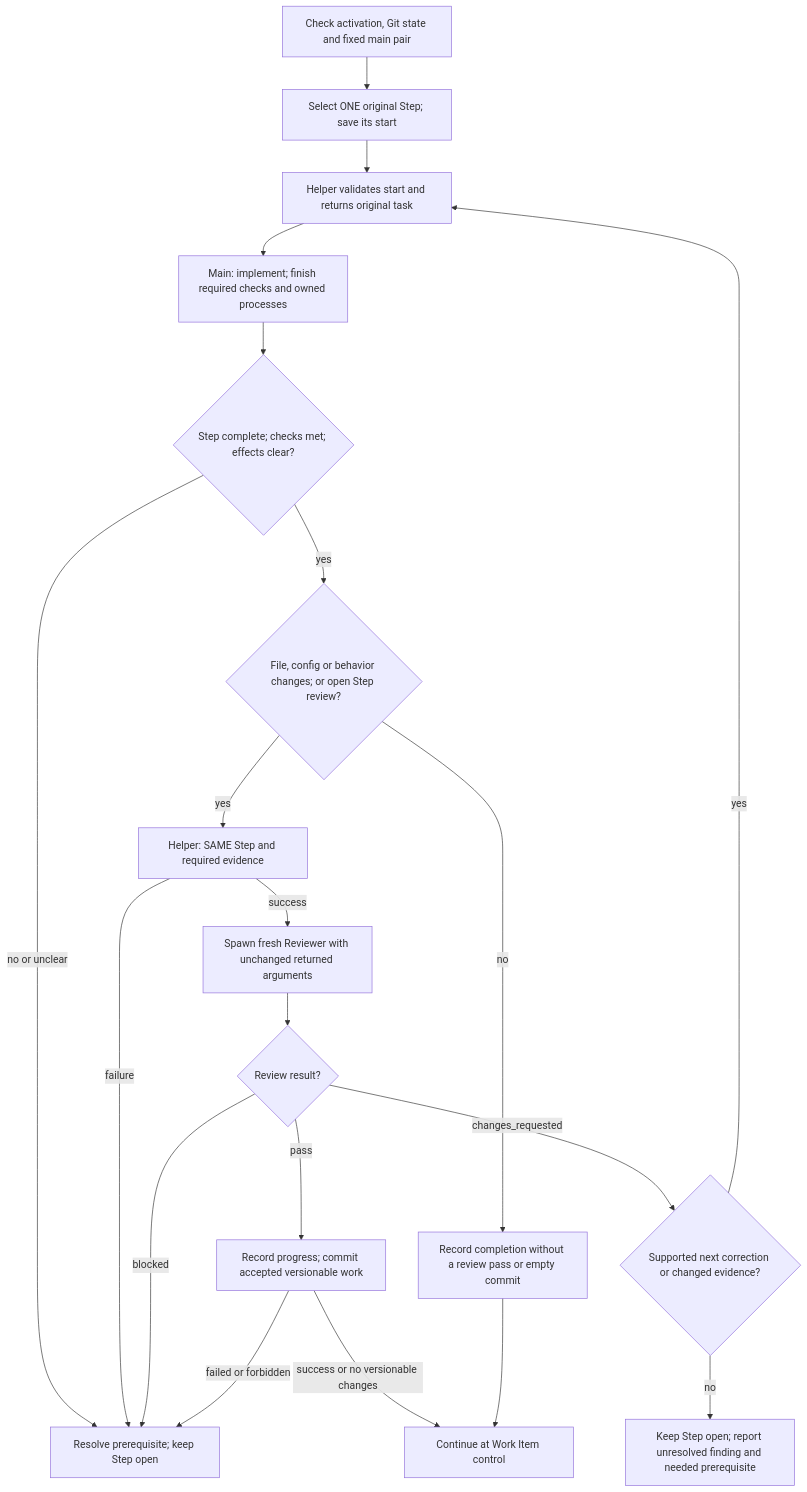
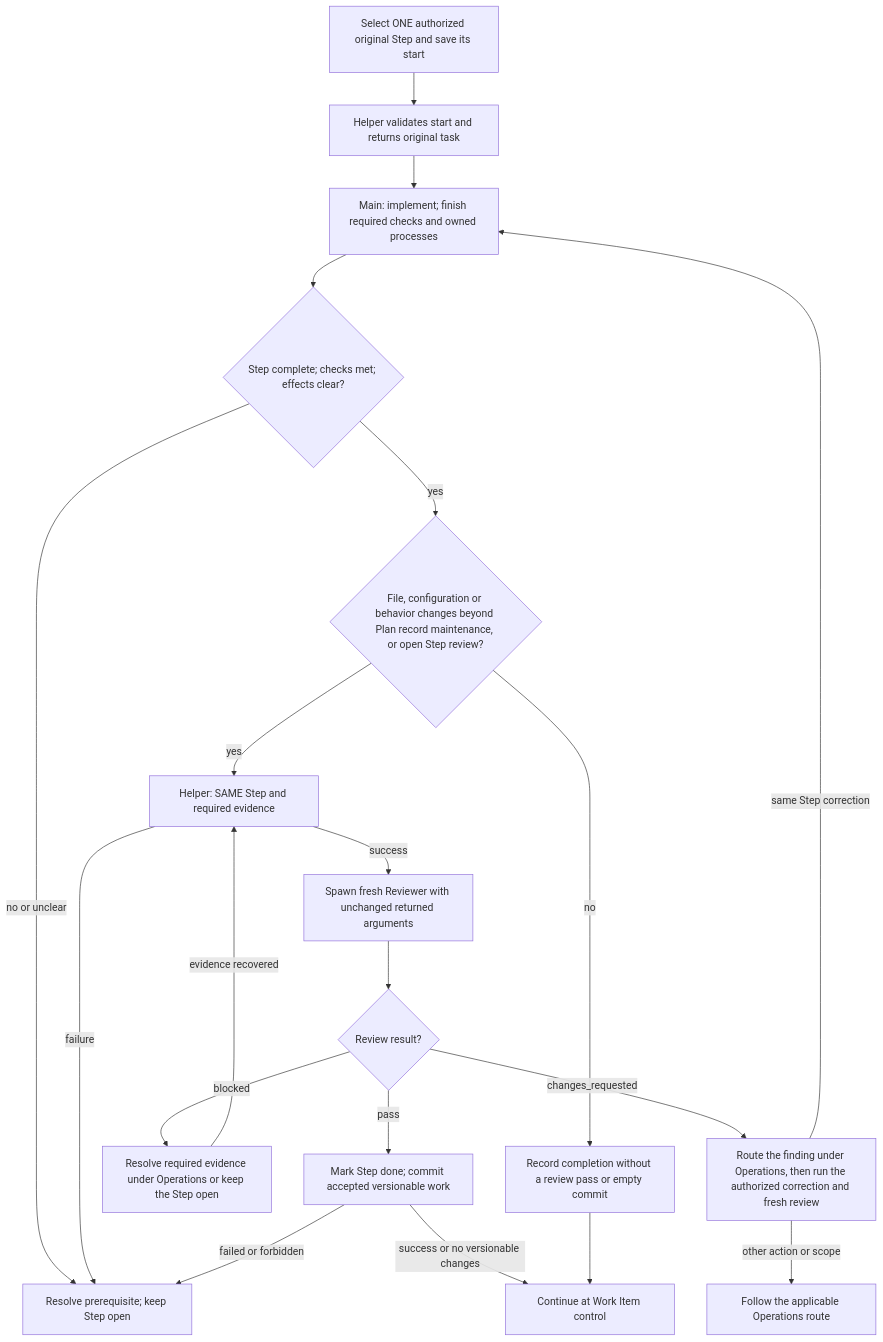
One commit to benjaminstelzer/scoville-suite-for-codex-mainloop changed the first of 2 diagrams in packages/scoville-workflow-for-codex/scoville-workflow-for-codex/SKILL.md. Above: the diagram before and after it, drawn with Mermaid. The commit also changed other lines of this file and 208 other files, not shown here.

Commit message:
Short code rules, one independent review, test results in the Code README

````diff
--- a/packages/scoville-workflow-for-codex/scoville-workflow-for-codex/SKILL.md
+++ b/packages/scoville-workflow-for-codex/scoville-workflow-for-codex/SKILL.md
@@ -57,22 +58,22 @@
 ```mermaid
 flowchart TD
-  ready["Check activation, Git state and fixed main pair"] --> select["Select ONE original Step; save its start"]
-  select --> original["Helper validates start and returns original task"]
+  select["Select ONE authorized original Step and save its start"] --> original["Helper validates start and returns original task"]
   original --> code["Main: implement; finish required checks and owned processes"]
   code --> complete{"Step complete; checks met; effects clear?"}
   complete -->|no or unclear| blocked["Resolve prerequisite; keep Step open"]
-  complete -->|yes| changes{"File, config or behavior changes; or open Step review?"}
+  complete -->|yes| changes{"File, configuration or behavior changes beyond Plan record maintenance, or open Step review?"}
   changes -->|no| unchanged["Record completion without a review pass or empty commit"]
   changes -->|yes| review["Helper: SAME Step and required evidence"]
   review -->|failure| blocked
   review -->|success| spawn["Spawn fresh Reviewer with unchanged returned arguments"]
   spawn --> result{"Review result?"}
-  result -->|changes_requested| approach{"Supported next correction or changed evidence?"}
-  approach -->|yes| original
-  approach -->|no| stalled["Keep Step open; report unresolved finding and needed prerequisite"]
-  result -->|blocked| blocked
-  result -->|pass| commit["Record progress; commit accepted versionable work"]
+  result -->|changes_requested| finding["Route the finding under Operations, then run the authorized correction and fresh review"]
+  finding -->|same Step correction| code
+  finding -->|other action or scope| routed["Follow the applicable Operations route"]
+  result -->|blocked| missing["Resolve required evidence under Operations or keep the Step open"]
+  missing -->|evidence recovered| review
+  result -->|pass| commit["Mark Step done; commit accepted versionable work"]
   commit -->|failed or forbidden| blocked
   commit -->|success or no versionable changes| accepted["Continue at Work Item control"]
   unchanged --> accepted
 ```
````
